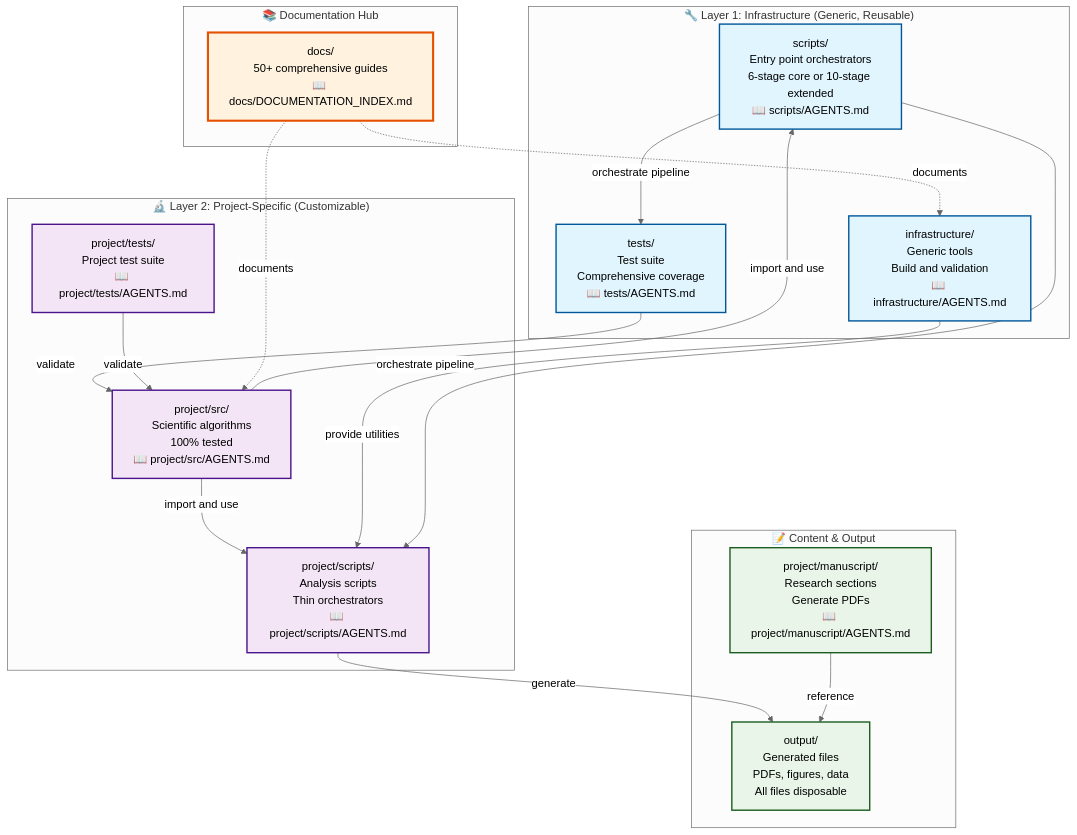
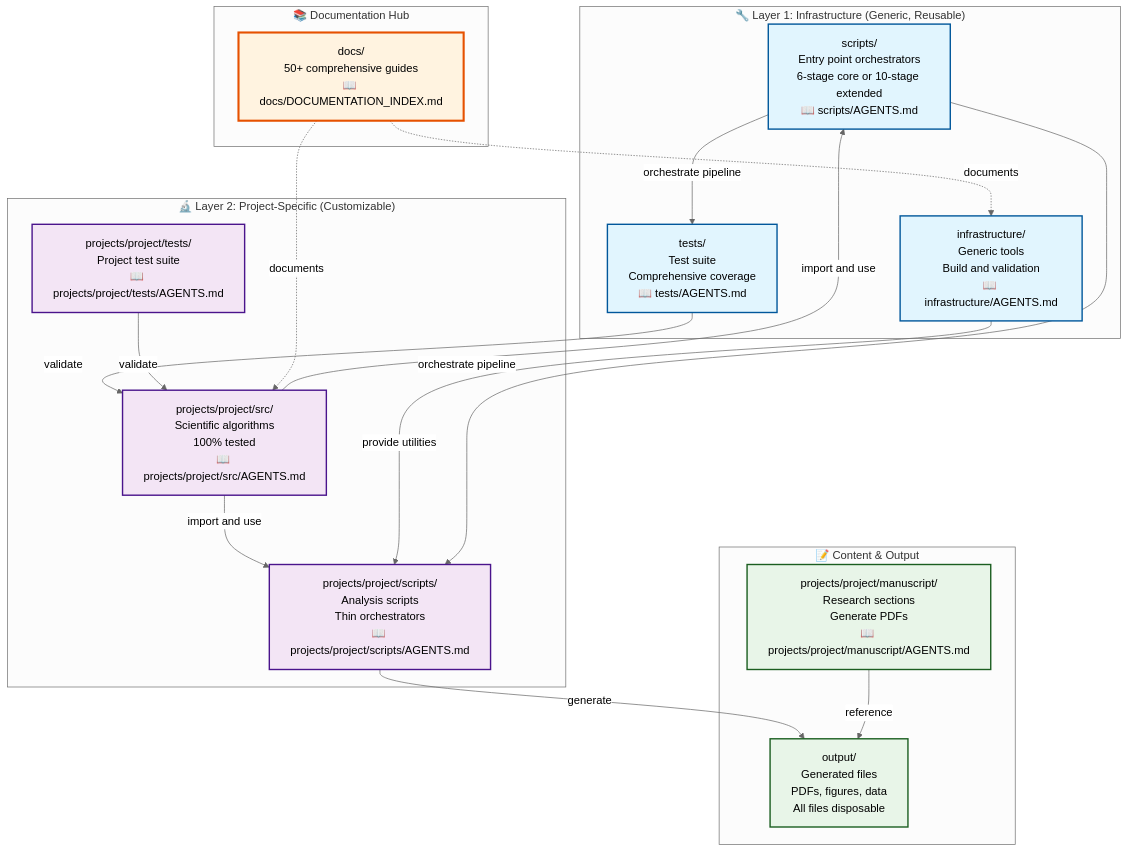
The fifth of 13 diagrams in README.md (docxology/template), drawn with Mermaid (neutral theme) before and after one commit. The commit also changed other lines of this file and 512 other files, not shown here.

````diff
--- a/README.md
+++ b/README.md
@@ -396,45 +396,45 @@
 ```mermaid
 graph TB
     subgraph L1["🔧 Layer 1: Infrastructure (Generic, Reusable)"]
         INFRA[infrastructure/<br/>Generic tools<br/>Build and validation<br/>📖 infrastructure/AGENTS.md]
         INFRA_SCRIPTS[scripts/<br/>Entry point orchestrators<br/>6-stage core or 10-stage extended<br/>📖 scripts/AGENTS.md]
         TESTS[tests/<br/>Test suite<br/>Comprehensive coverage<br/>📖 tests/AGENTS.md]
     end
     
     subgraph L2["🔬 Layer 2: Project-Specific (Customizable)"]
-        SRC[project/src/<br/>Scientific algorithms<br/>100% tested<br/>📖 project/src/AGENTS.md]
-        SCRIPTS[project/scripts/<br/>Analysis scripts<br/>Thin orchestrators<br/>📖 project/scripts/AGENTS.md]
-        PROJECT_TESTS[project/tests/<br/>Project test suite<br/>📖 project/tests/AGENTS.md]
+        SRC[projects/project/src/<br/>Scientific algorithms<br/>100% tested<br/>📖 projects/project/src/AGENTS.md]
+        SCRIPTS[projects/project/scripts/<br/>Analysis scripts<br/>Thin orchestrators<br/>📖 projects/project/scripts/AGENTS.md]
+        PROJECT_TESTS[projects/project/tests/<br/>Project test suite<br/>📖 projects/project/tests/AGENTS.md]
     end
     
     subgraph DOCS["📚 Documentation Hub"]
         DOCS_DIR[docs/<br/>50+ comprehensive guides<br/>📖 docs/DOCUMENTATION_INDEX.md]
     end
     
     subgraph CONTENT["📝 Content & Output"]
-        MANUSCRIPT[project/manuscript/<br/>Research sections<br/>Generate PDFs<br/>📖 project/manuscript/AGENTS.md]
+        MANUSCRIPT[projects/project/manuscript/<br/>Research sections<br/>Generate PDFs<br/>📖 projects/project/manuscript/AGENTS.md]
         OUTPUT[output/<br/>Generated files<br/>PDFs, figures, data<br/>All files disposable]
     end
     
     SRC -->|import and use| SCRIPTS
     SRC -->|import and use| INFRA_SCRIPTS
     INFRA -->|provide utilities| SCRIPTS
     SCRIPTS -->|generate| OUTPUT
     INFRA_SCRIPTS -->|orchestrate pipeline| TESTS
     INFRA_SCRIPTS -->|orchestrate pipeline| SCRIPTS
     MANUSCRIPT -->|reference| OUTPUT
     TESTS -->|validate| SRC
     PROJECT_TESTS -->|validate| SRC
     DOCS_DIR -.->|documents| INFRA
     DOCS_DIR -.->|documents| SRC
     
     classDef layer1 fill:#e1f5fe,stroke:#01579b,stroke-width:2px
     classDef layer2 fill:#f3e5f5,stroke:#4a148c,stroke-width:2px
     classDef docs fill:#fff3e0,stroke:#e65100,stroke-width:3px
     classDef content fill:#e8f5e8,stroke:#1b5e20,stroke-width:2px
     
     class INFRA,INFRA_SCRIPTS,TESTS layer1
     class SRC,SCRIPTS,PROJECT_TESTS layer2
     class DOCS_DIR docs
     class MANUSCRIPT,OUTPUT content
 ```
````
